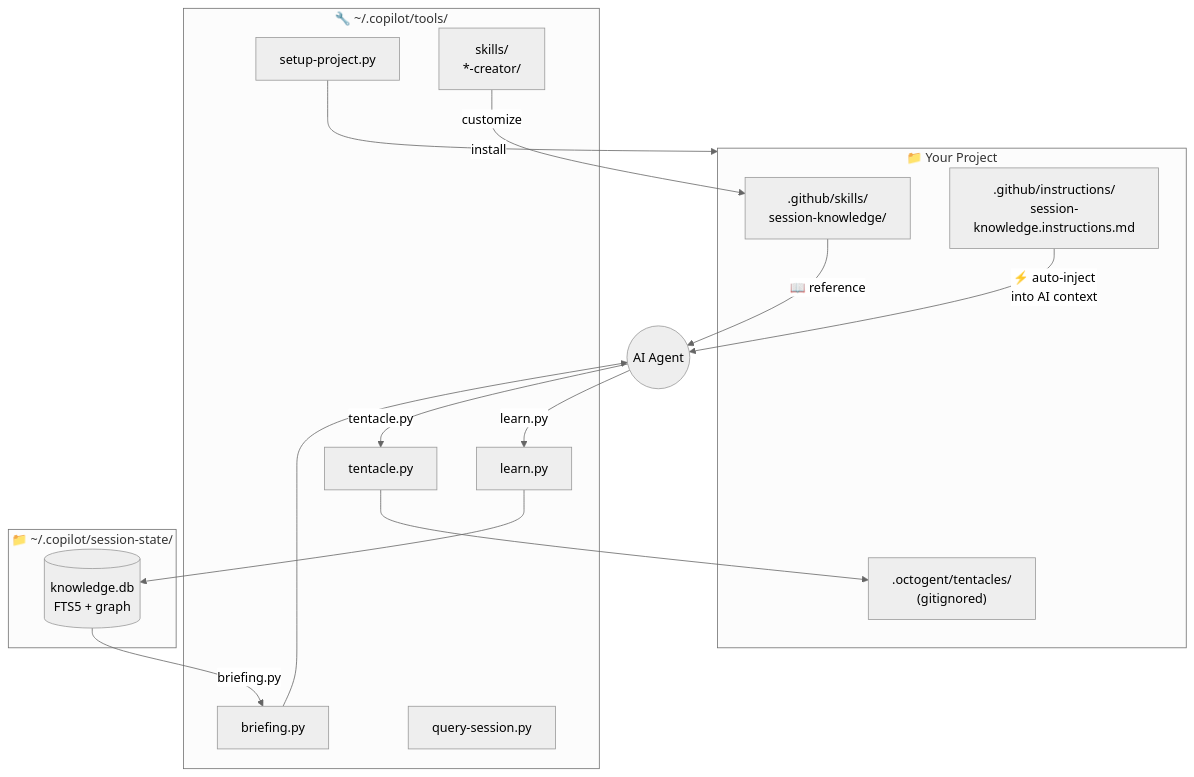
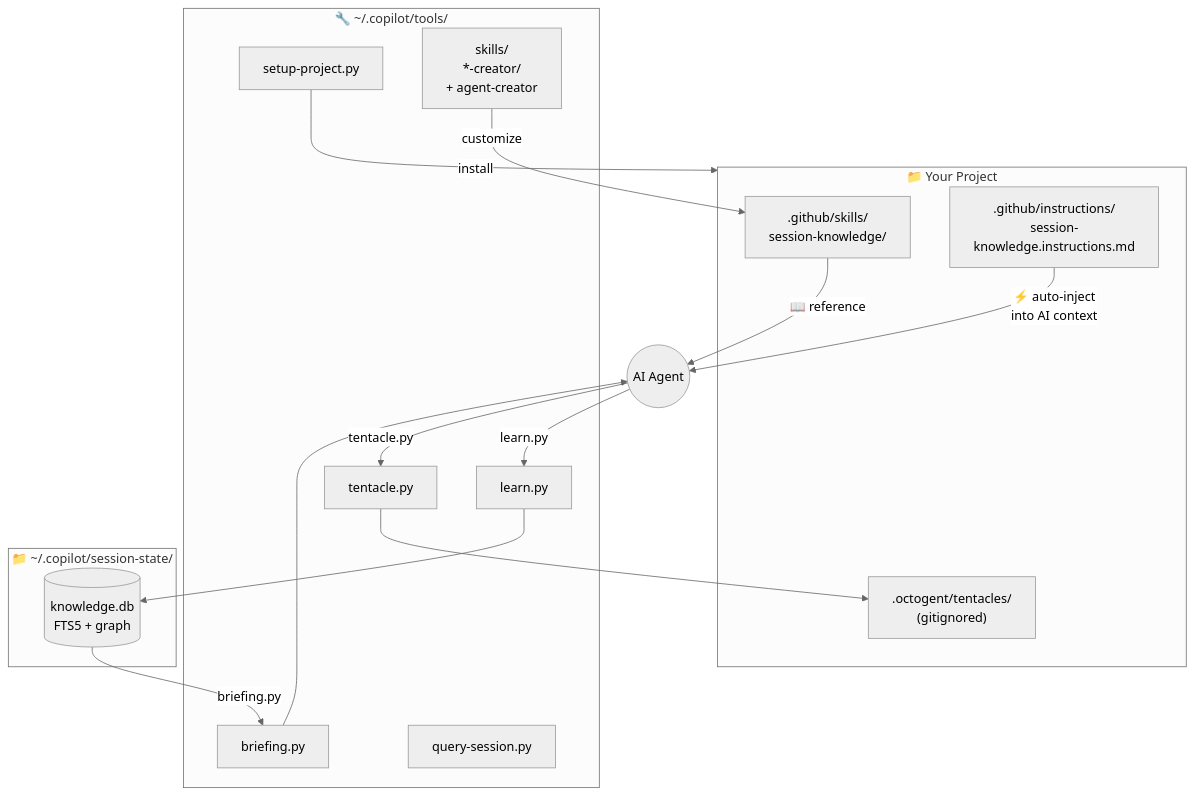
One commit to magicpro97/copilot-session-knowledge changed the second of 2 diagrams in README.md. Above: the diagram before and after it, drawn with Mermaid (neutral theme). The commit also changed other lines of this file and 10 other files, not shown here.

First line of the commit message:
feat: add agent-creator skill with 7 curated agent templates

````diff
--- a/README.md
+++ b/README.md
@@ -157,29 +180,29 @@
 ```mermaid
 flowchart TD
   subgraph Project["📁 Your Project"]
     SK[".github/skills/<br/>session-knowledge/"]
     INS[".github/instructions/<br/>session-knowledge.instructions.md"]
     TENT[".octogent/tentacles/<br/>(gitignored)"]
   end
 
   subgraph Tools["🔧 ~/.copilot/tools/"]
     BRF[briefing.py]
     LRN[learn.py]
     QRY[query-session.py]
     TCL[tentacle.py]
     SETUP[setup-project.py]
-    CREATORS["skills/<br/>*-creator/"]
+    CREATORS["skills/<br/>*-creator/<br/>+ agent-creator"]
   end
 
   subgraph Data["📁 ~/.copilot/session-state/"]
     DB[("knowledge.db<br/>FTS5 + graph")]
   end
 
   INS -->|"⚡ auto-inject<br/>into AI context"| AI((AI Agent))
   SK -->|"📖 reference"| AI
   AI -->|"learn.py"| LRN --> DB
   DB -->|"briefing.py"| BRF --> AI
   AI -->|"tentacle.py"| TCL --> TENT
   SETUP -->|"install"| Project
   CREATORS -->|"customize"| SK
 ```
````
